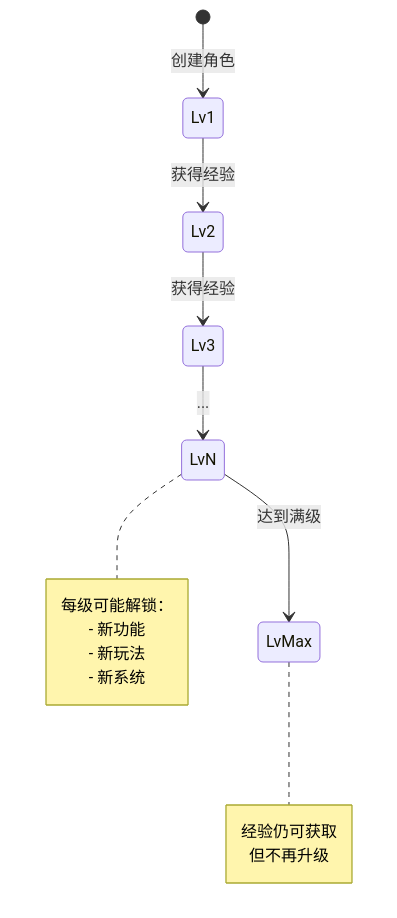
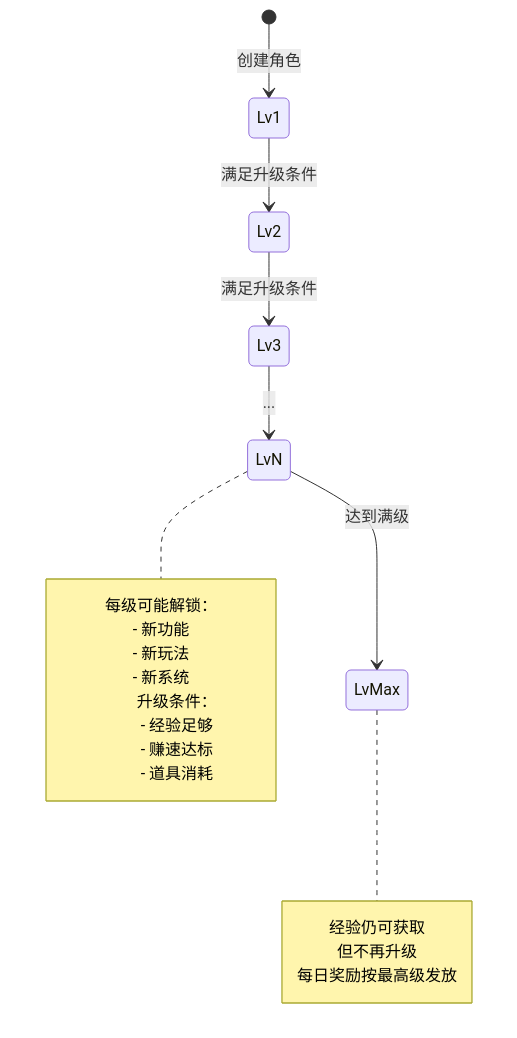
The second of 5 diagrams in docs/Module_Player/06_实现细节.md (Alan-Ben/k2c_game_framework), drawn with Mermaid before and after one commit. The commit also changed other lines of this file and 75 other files, not shown here.

````diff
--- a/docs/Module_Player/06_实现细节.md
+++ b/docs/Module_Player/06_实现细节.md
@@ -119,20 +163,26 @@
 ```mermaid
 stateDiagram-v2
     [*] --> Lv1: 创建角色
-    Lv1 --> Lv2: 获得经验
-    Lv2 --> Lv3: 获得经验
+    Lv1 --> Lv2: 满足升级条件
+    Lv2 --> Lv3: 满足升级条件
     Lv3 --> LvN: ...
     LvN --> LvMax: 达到满级
 
     note right of LvN
         每级可能解锁：
         - 新功能
         - 新玩法
         - 新系统
+
+        升级条件：
+        - 经验足够
+        - 赚速达标
+        - 道具消耗
     end note
 
     note right of LvMax
         经验仍可获取
         但不再升级
+        每日奖励按最高级发放
     end note
 ```
````
